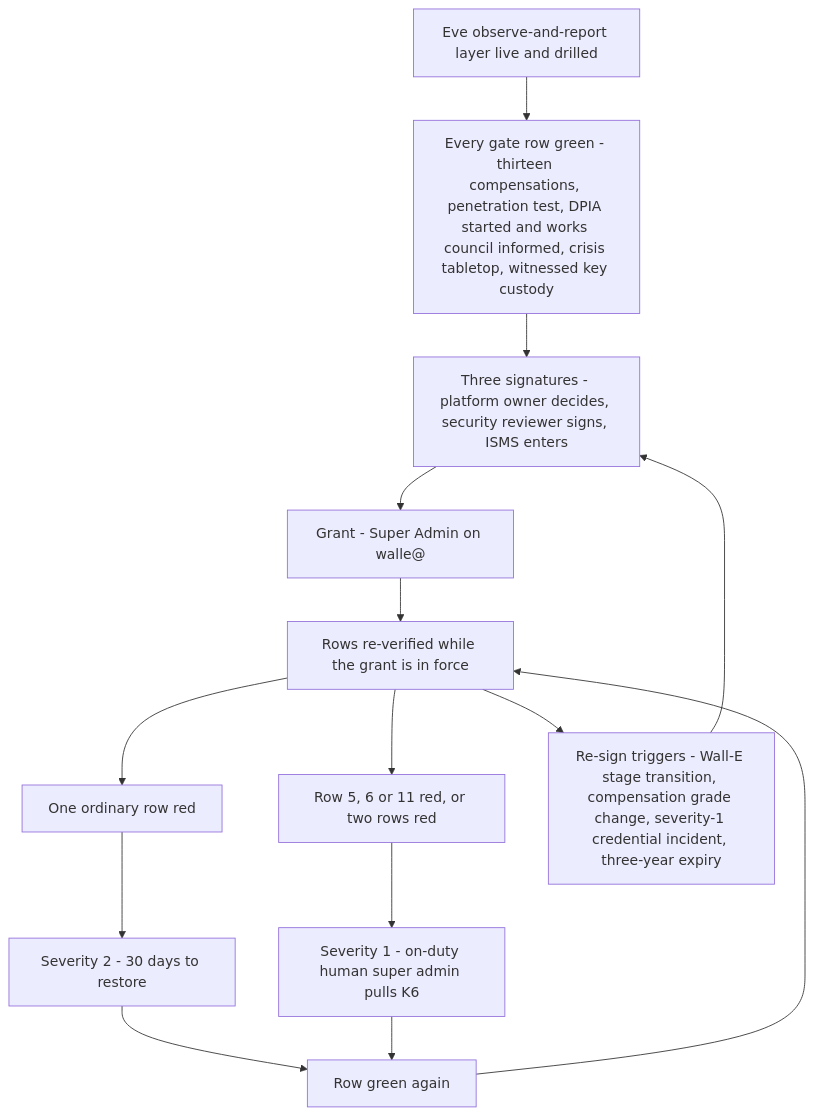
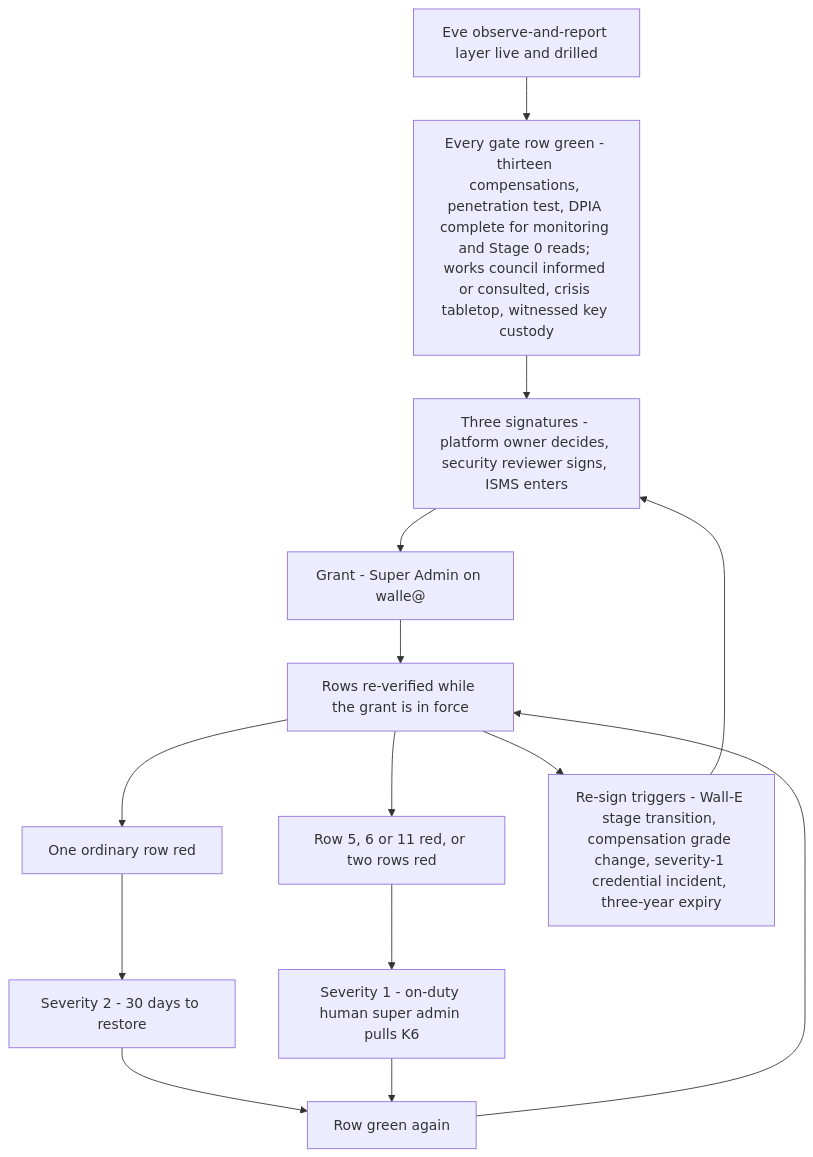
One commit to jsbdfgidsfg/agentic-platform changed the diagram in platform/agentic-platform/brief/25-tisax.md. Above: the diagram before and after it, drawn with Mermaid. The commit also changed other lines of this file and 94 other files, not shown here.

````diff
--- a/platform/agentic-platform/brief/25-tisax.md
+++ b/platform/agentic-platform/brief/25-tisax.md
@@ -103,19 +104,19 @@
 ```mermaid
 flowchart TD
   EVE["Eve observe-and-report layer live and drilled"]
-  ROWS["Every gate row green - thirteen compensations, penetration test, DPIA started and works council informed, crisis tabletop, witnessed key custody"]
+  ROWS["Every gate row green - thirteen compensations, penetration test, DPIA complete for monitoring and Stage 0 reads; works council informed or consulted, crisis tabletop, witnessed key custody"]
   SIG["Three signatures - platform owner decides, security reviewer signs, ISMS enters"]
   GRANT["Grant - Super Admin on walle@"]
   WATCH["Rows re-verified while the grant is in force"]
   ONE["One ordinary row red"]
   SEV2["Severity 2 - 30 days to restore"]
   CRIT["Row 5, 6 or 11 red, or two rows red"]
   K6["Severity 1 - on-duty human super admin pulls K6"]
   GREEN["Row green again"]
   TRIG["Re-sign triggers - Wall-E stage transition, compensation grade change, severity-1 credential incident, three-year expiry"]
   EVE --> ROWS --> SIG --> GRANT --> WATCH
   WATCH --> ONE --> SEV2 --> GREEN
   WATCH --> CRIT --> K6 --> GREEN
   GREEN --> WATCH
   WATCH --> TRIG --> SIG
 ```
````
